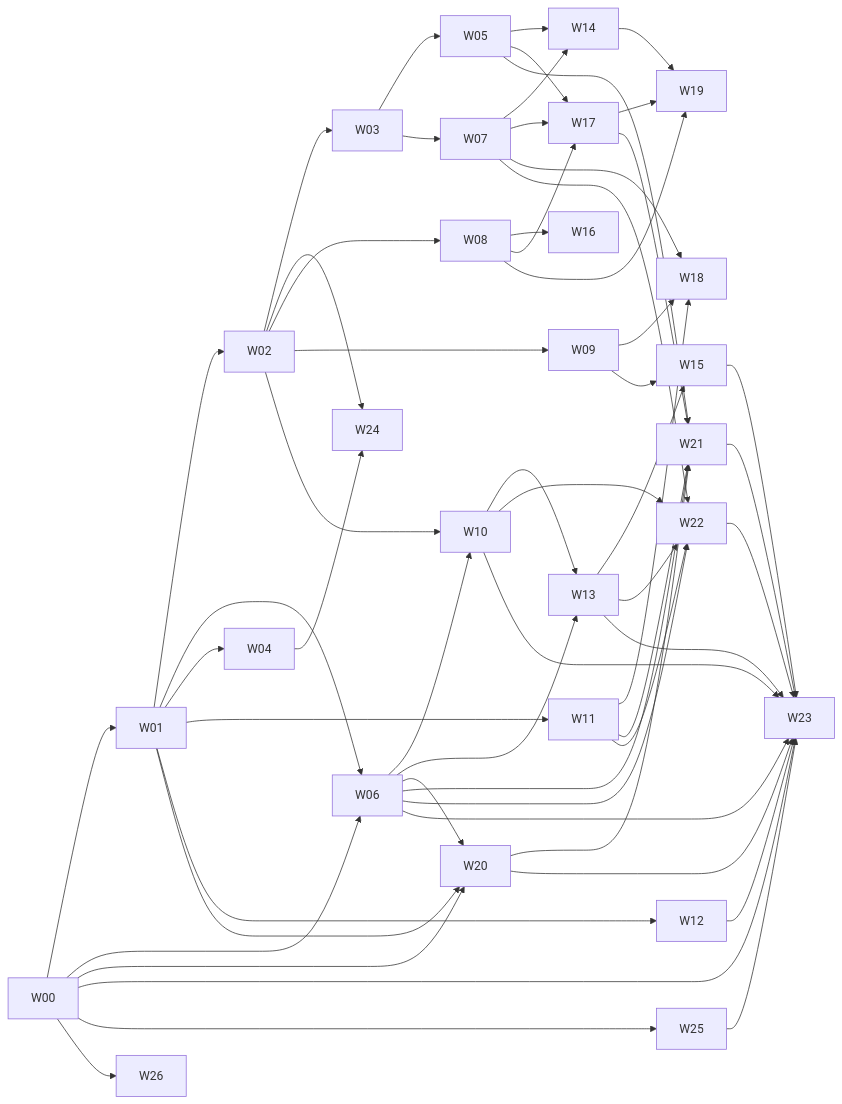
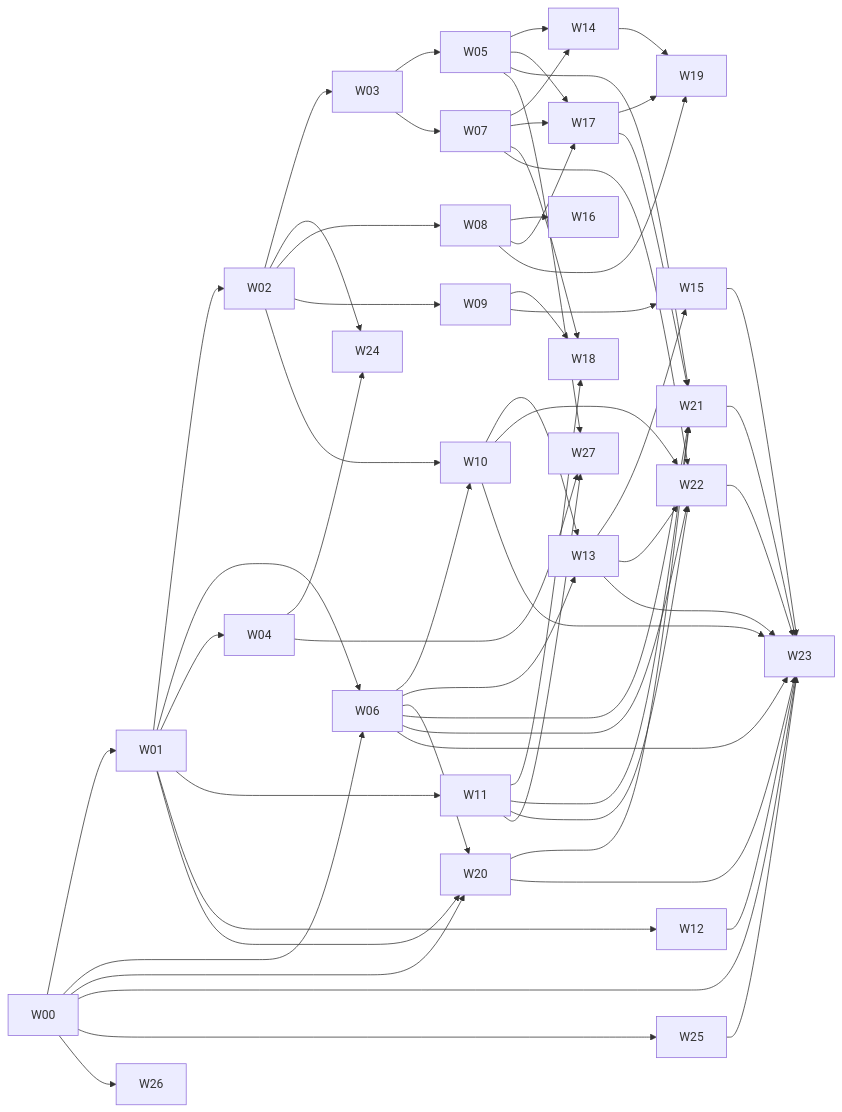
The diagram in docs/plan/PRODUCT_WAVES.md (recferret-bit/terraagent), drawn with Mermaid before and after one commit. The commit also changed other lines of this file and 9 other files, not shown here.

````diff
--- a/docs/plan/PRODUCT_WAVES.md
+++ b/docs/plan/PRODUCT_WAVES.md
@@ -47,26 +48,27 @@
 ```mermaid
 flowchart LR
   W00 --> W01 --> W02
   W00 & W01 --> W06
   W02 --> W03 --> W05
   W03 --> W07
   W05 & W07 --> W14
   W01 --> W04
   W02 & W04 --> W24
   W02 --> W08 --> W16
   W02 --> W09
   W01 --> W11
   W01 --> W12
   W05 & W07 & W08 --> W17
   W08 & W14 & W17 --> W19
   W07 & W09 & W11 --> W18
   W02 & W06 --> W10
   W06 & W10 --> W13
   W09 & W13 --> W15
   W00 & W01 & W06 --> W20
   W05 & W06 & W11 & W17 & W20 --> W21
   W06 & W07 & W10 & W11 & W13 --> W22
   W00 & W06 & W10 & W12 & W13 & W15 & W20 & W21 & W22 & W25 --> W23
   W00 --> W25
   W00 --> W26
+  W04 & W05 & W11 --> W27
 ```
````
